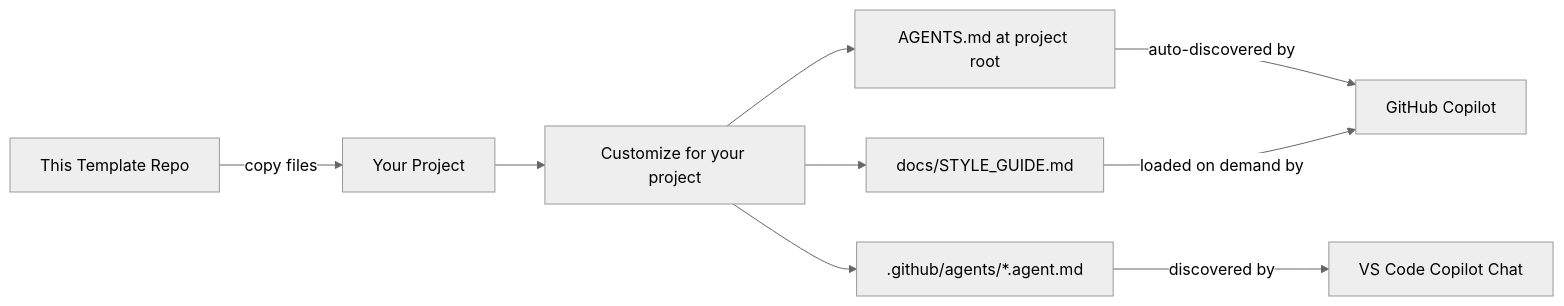
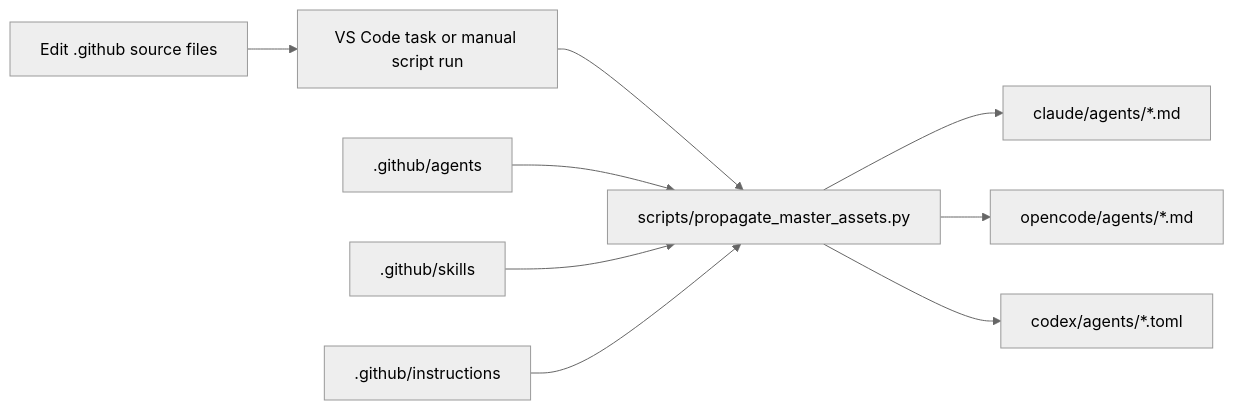
Before and after one commit to threnjen/thren-agentic-workflows: the second of 3 diagrams in docs/ARCHITECTURE.md, drawn with Mermaid (neutral theme). The commit also changed other lines of this file and 4 other files, not shown here.

````diff
--- a/docs/ARCHITECTURE.md
+++ b/docs/ARCHITECTURE.md
@@ -95,11 +52,12 @@
 ```mermaid
 flowchart LR
-    Template[This Template Repo] -->|copy files| Target[Your Project]
-    Target --> Customize[Customize for your project]
-    Customize --> AgentsFile[AGENTS.md at project root]
-    Customize --> StyleFile[docs/STYLE_GUIDE.md]
-    Customize --> AgentDefs[.github/agents/*.agent.md]
-    AgentsFile -->|auto-discovered by| Copilot[GitHub Copilot]
-    StyleFile -->|loaded on demand by| Copilot
-    AgentDefs -->|discovered by| VSCode[VS Code Copilot Chat]
+    Author[Edit .github source files] --> Watcher[VS Code task or manual script run]
+    Watcher --> Script[scripts/propagate_master_assets.py]
+    Script --> ClaudeOut[claude/agents/*.md]
+    Script --> OpenCodeOut[opencode/agents/*.md]
+    Script --> CodexOut[codex/agents/*.toml]
+
+    GHAgents[.github/agents] --> Script
+    GHSkills[.github/skills] --> Script
+    GHInstructions[.github/instructions] --> Script
 ```
````
